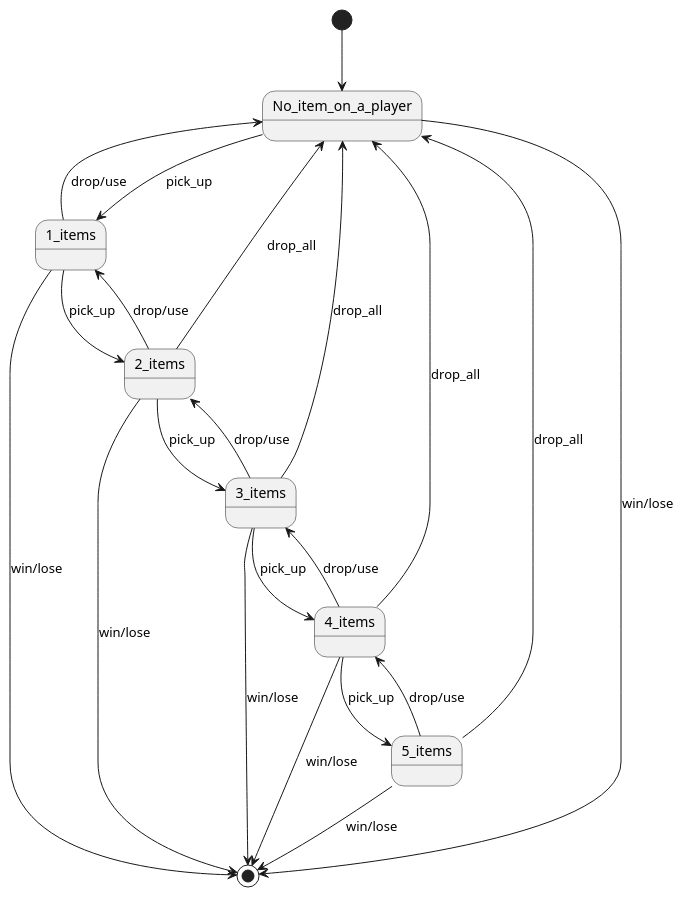
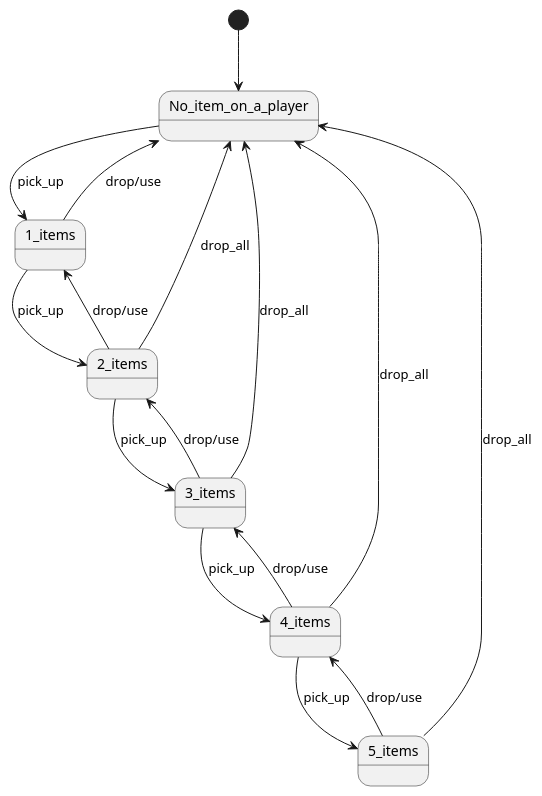
Before and after one commit to MysticMazeEducators/.github: the diagram in resources/state_chart/Items_on_player.puml, drawn with PlantUML. The commit also changed 8 other files, not shown here.

Commit message:
Got rid of the endings in the state charts and put in guards

```diff
--- a/resources/state_chart/Items_on_player.puml
+++ b/resources/state_chart/Items_on_player.puml
@@ -1,30 +1,24 @@
 @startuml
 'https://plantuml.com/state-diagram
 
 [*] --> No_item_on_a_player
 No_item_on_a_player --> 1_items : pick_up
 1_items --> 2_items : pick_up
 2_items --> 1_items : drop/use
 1_items --> No_item_on_a_player : drop/use
 
 2_items --> 3_items : pick_up
 3_items --> 2_items : drop/use
 2_items --> No_item_on_a_player : drop_all
 
 3_items --> 4_items : pick_up
 4_items --> 3_items : drop/use
 3_items --> No_item_on_a_player : drop_all
 
 4_items --> 5_items : pick_up
 5_items --> 4_items : drop/use
 4_items --> No_item_on_a_player : drop_all
 
 5_items --> No_item_on_a_player : drop_all
 
-1_items --> [*] : win/lose
-2_items --> [*] : win/lose
-3_items --> [*] : win/lose
-4_items --> [*] : win/lose
-5_items --> [*] : win/lose
-No_item_on_a_player --> [*] : win/lose
 @enduml
```
